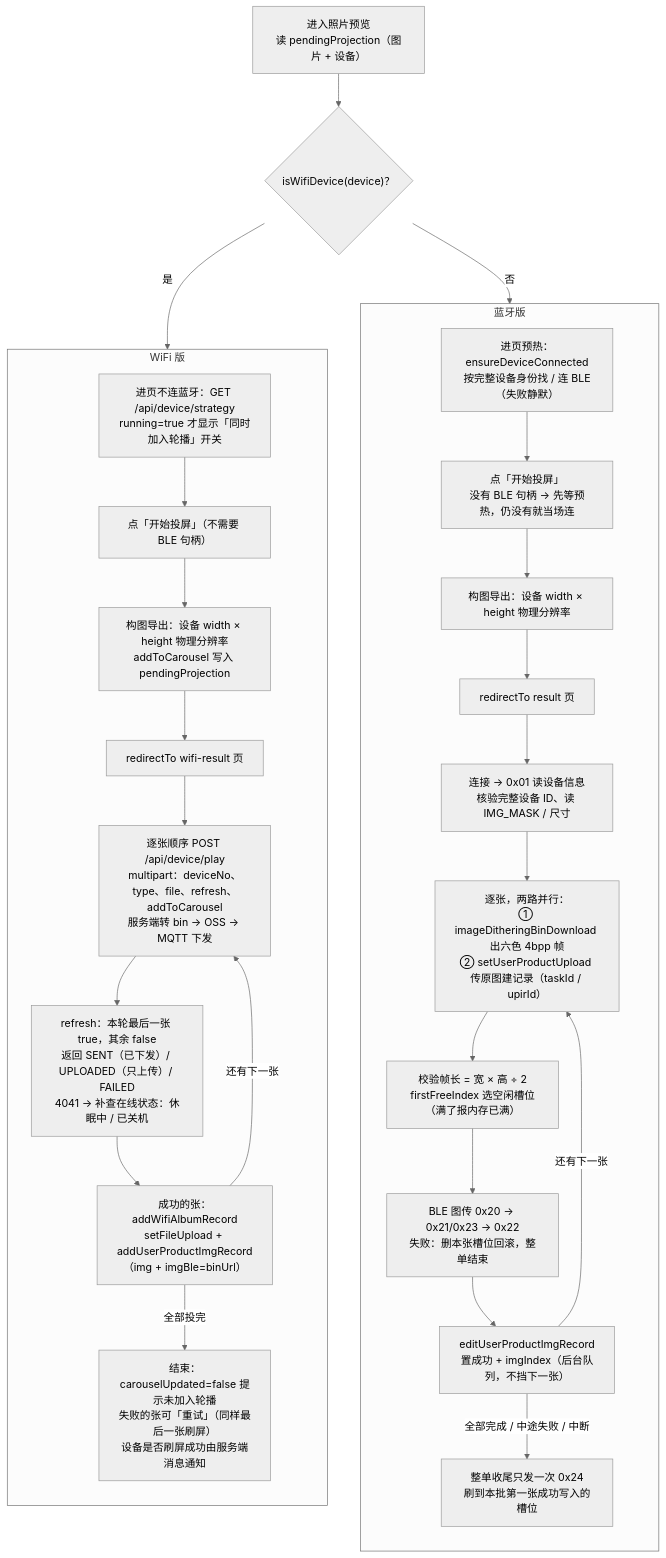
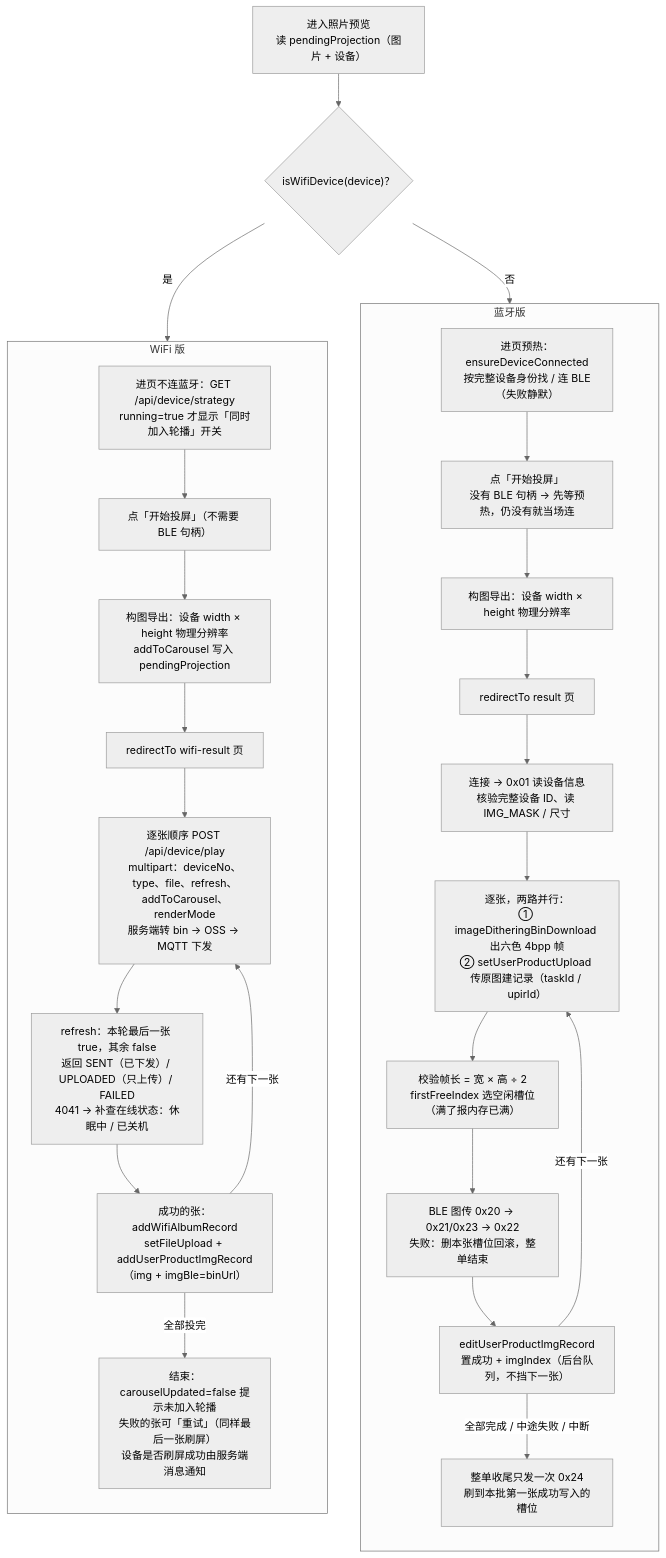
The diagram in docs/wifi/蓝牙版与WiFi版投屏流程对比.md (duuu233/photo-album), drawn with Mermaid (neutral theme) before and after one commit. The commit also changed 12 other files, not shown here.

````diff
--- a/docs/wifi/蓝牙版与WiFi版投屏流程对比.md
+++ b/docs/wifi/蓝牙版与WiFi版投屏流程对比.md
@@ -11,39 +11,39 @@
 ```mermaid
 flowchart TB
   A["进入照片预览<br/>读 pendingProjection（图片 + 设备）"] --> B{"isWifiDevice(device)？"}
 
   subgraph BLE["蓝牙版"]
     direction TB
     B1["进页预热：ensureDeviceConnected<br/>按完整设备身份找 / 连 BLE（失败静默）"]
     B2["点「开始投屏」<br/>没有 BLE 句柄 → 先等预热，仍没有就当场连"]
     B3["构图导出：设备 width × height 物理分辨率"]
     B4["redirectTo result 页"]
     B5["连接 → 0x01 读设备信息<br/>核验完整设备 ID、读 IMG_MASK / 尺寸"]
     B6["逐张，两路并行：<br/>① imageDitheringBinDownload 出六色 4bpp 帧<br/>② setUserProductUpload 传原图建记录（taskId / upirId）"]
     B7["校验帧长 = 宽 × 高 ÷ 2<br/>firstFreeIndex 选空闲槽位（满了报内存已满）"]
     B8["BLE 图传 0x20 → 0x21/0x23 → 0x22<br/>失败：删本张槽位回滚，整单结束"]
     B9["editUserProductImgRecord<br/>置成功 + imgIndex（后台队列，不挡下一张）"]
     B10["整单收尾只发一次 0x24<br/>刷到本批第一张成功写入的槽位"]
     B1 --> B2 --> B3 --> B4 --> B5 --> B6 --> B7 --> B8 --> B9
     B9 -->|还有下一张| B6
     B9 -->|全部完成 / 中途失败 / 中断| B10
   end
 
   subgraph WIFI["WiFi 版"]
     direction TB
     W1["进页不连蓝牙：GET /api/device/strategy<br/>running=true 才显示「同时加入轮播」开关"]
     W2["点「开始投屏」（不需要 BLE 句柄）"]
     W3["构图导出：设备 width × height 物理分辨率<br/>addToCarousel 写入 pendingProjection"]
     W4["redirectTo wifi-result 页"]
-    W5["逐张顺序 POST /api/device/play<br/>multipart：deviceNo、type、file、refresh、addToCarousel<br/>服务端转 bin → OSS → MQTT 下发"]
+    W5["逐张顺序 POST /api/device/play<br/>multipart：deviceNo、type、file、refresh、addToCarousel、renderMode<br/>服务端转 bin → OSS → MQTT 下发"]
     W6["refresh：本轮最后一张 true，其余 false<br/>返回 SENT（已下发）/ UPLOADED（只上传）/ FAILED<br/>4041 → 补查在线状态：休眠中 / 已关机"]
     W7["成功的张：addWifiAlbumRecord<br/>setFileUpload + addUserProductImgRecord（img + imgBle=binUrl）"]
     W8["结束：carouselUpdated=false 提示未加入轮播<br/>失败的张可「重试」（同样最后一张刷屏）<br/>设备是否刷屏成功由服务端消息通知"]
     W1 --> W2 --> W3 --> W4 --> W5 --> W6 --> W7
     W7 -->|还有下一张| W5
     W7 -->|全部投完| W8
   end
 
   B -->|否| B1
   B -->|是| W1
 ```
````
